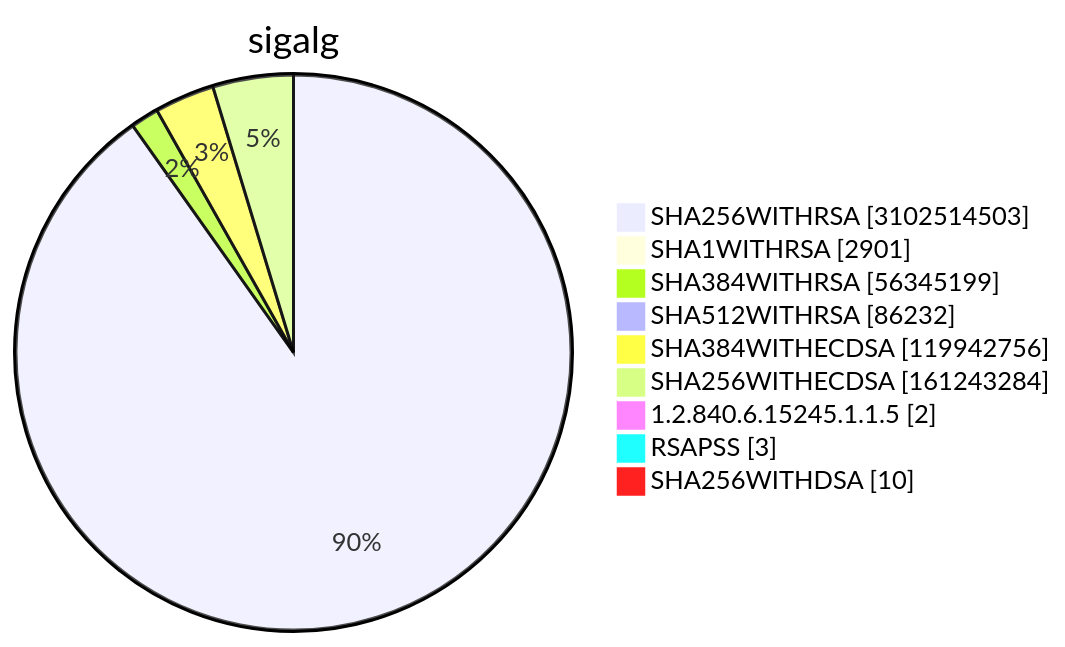
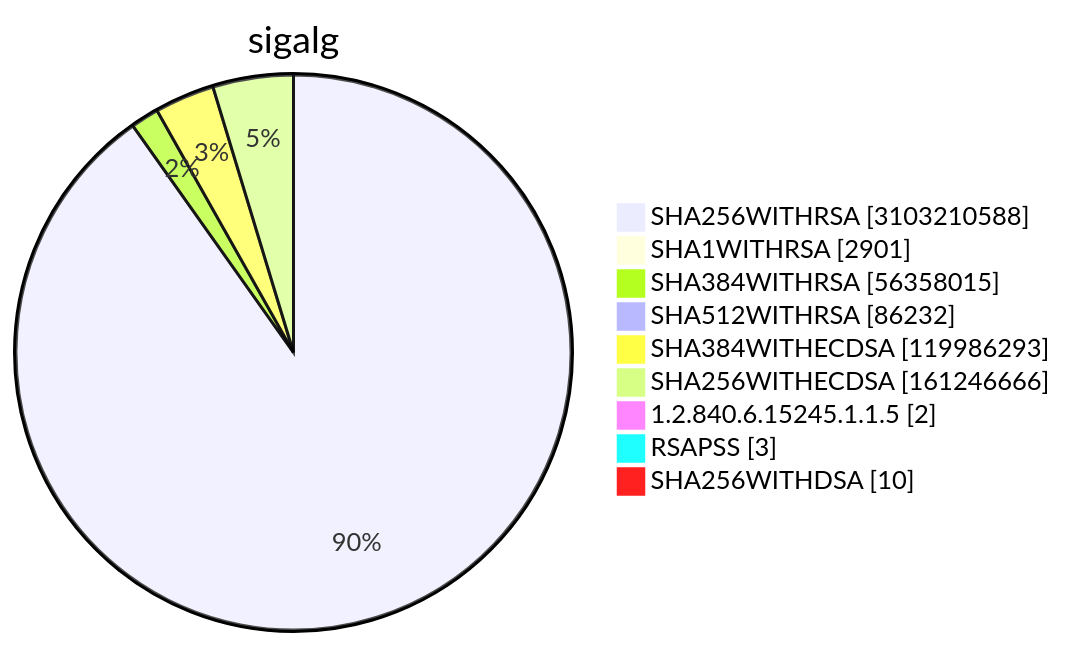
Before and after one commit to christiankrug/ctmonitor_visualization: diagram 15 of 15 in TOTAL/README.md, drawn with Mermaid. The commit also changed other lines of this file, not shown here.

````diff
--- a/TOTAL/README.md
+++ b/TOTAL/README.md
@@ -6212,13 +6212,13 @@
 ```mermaid
 pie showData
 title sigalg
-"SHA256WITHRSA" :3102514503
+"SHA256WITHRSA" :3103210588
 "SHA1WITHRSA" :2901
-"SHA384WITHRSA" :56345199
+"SHA384WITHRSA" :56358015
 "SHA512WITHRSA" :86232
-"SHA384WITHECDSA" :119942756
-"SHA256WITHECDSA" :161243284
+"SHA384WITHECDSA" :119986293
+"SHA256WITHECDSA" :161246666
 "1.2.840.6.15245.1.1.5" :2
 "RSAPSS" :3
 "SHA256WITHDSA" :10
 ```
````
